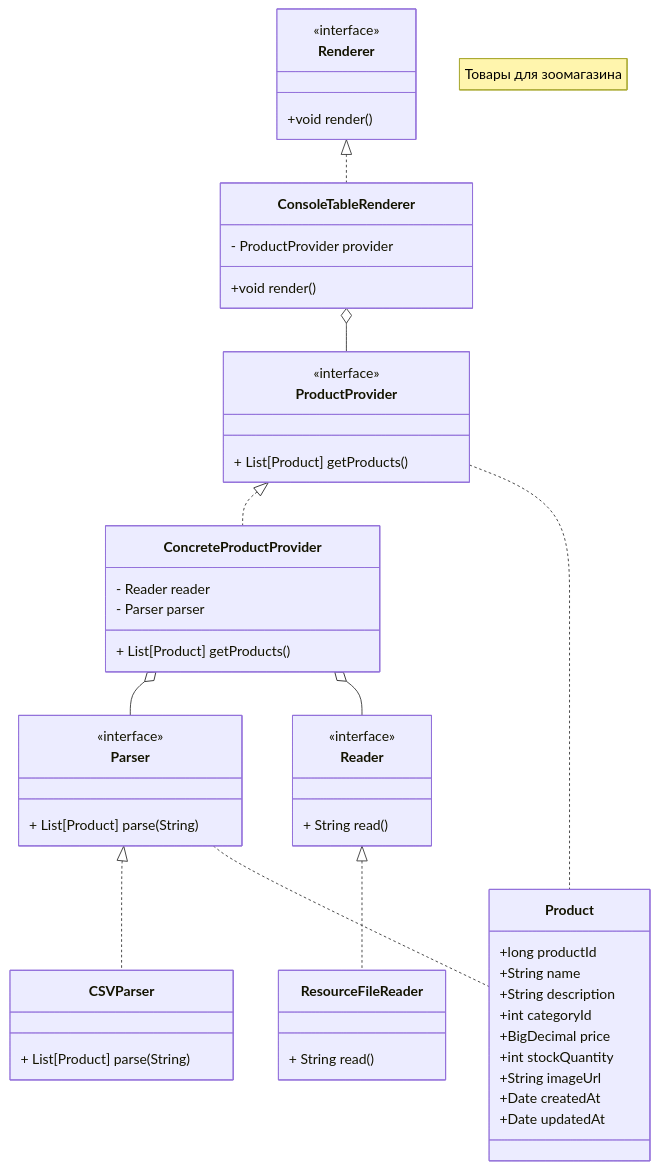
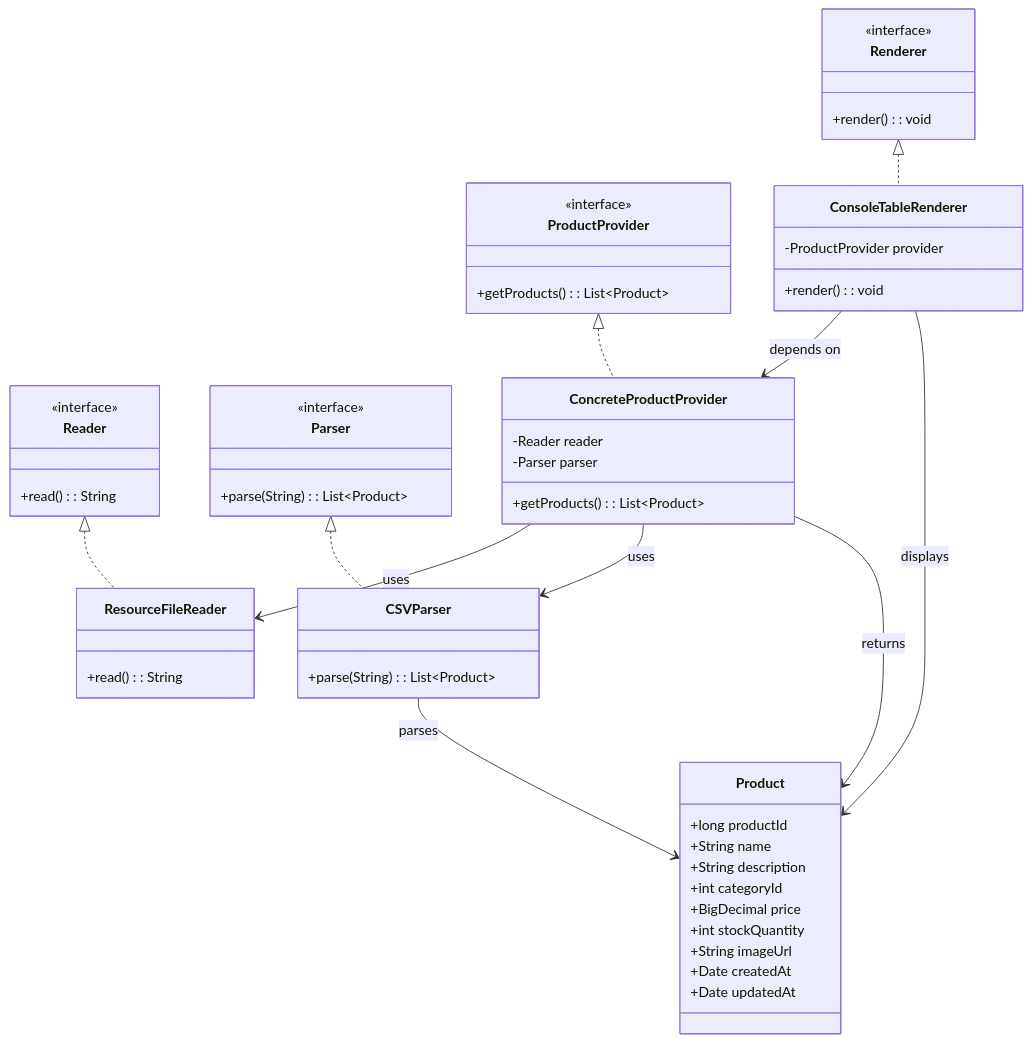
Before and after one commit to chistikova/cad-2025: the diagram in les02/lab/README.md, drawn with Mermaid.

````diff
--- a/les02/lab/README.md
+++ b/les02/lab/README.md
@@ -33,65 +33,72 @@
  ``` mermaid 
 classDiagram
-    note "Товары для зоомагазина"
-    Reader <|.. ResourceFileReader
-    Parser <|.. CSVParser
-    ProductProvider <|.. ConcreteProductProvider
-    ConcreteProductProvider o-- Parser
-    ConcreteProductProvider o-- Reader
-    Renderer <|.. ConsoleTableRenderer
-    ConsoleTableRenderer o-- ProductProvider
-    ProductProvider .. Product
-    Parser .. Product
+    %% Интерфейсы
+    class Reader {
+        <<interface>>
+        +read(): String
+    }
 
-    class  Product {
+    class Parser {
+        <<interface>>
+        +parse(String): List~Product~
+    }
+
+    class ProductProvider {
+        <<interface>>
+        +getProducts(): List~Product~
+    }
+
+    class Renderer {
+        <<interface>>
+        +render(): void
+    }
+
+    %% Сущность
+    class Product {
         +long productId
         +String name
         +String description
         +int categoryId
         +BigDecimal price
         +int stockQuantity
         +String imageUrl
         +Date createdAt
         +Date updatedAt
     }
 
-    class  Reader{
-        + String read()
-    }
-    <<interface>> Reader
-
+    %% Реализации
     class ResourceFileReader {
-        + String read()
+        +read(): String
     }
 
-    class  Parser{
-        + List[Product] parse(String)
-    }
-    <<interface>> Parser
-
     class CSVParser {
-        + List[Product] parse(String)
+        +parse(String): List~Product~
     }
 
-    class  Renderer{
-        +void render()
+    class ConcreteProductProvider {
+        -Reader reader
+        -Parser parser
+        +getProducts(): List~Product~
     }
-    <<interface>> Renderer
 
     class ConsoleTableRenderer {
-        - ProductProvider provider
-        +void render()
+        -ProductProvider provider
+        +render(): void
     }
 
+    %% Отношения
+    Reader <|.. ResourceFileReader
+    Parser <|.. CSVParser
+    ProductProvider <|.. ConcreteProductProvider
+    Renderer <|.. ConsoleTableRenderer
 
-    class ProductProvider {
-        + List[Product] getProducts()
-    }
-    <<interface>> ProductProvider
+    ConcreteProductProvider --> ResourceFileReader : uses
+    ConcreteProductProvider --> CSVParser : uses
+    ConcreteProductProvider --> Product : returns
 
-    class ConcreteProductProvider{
-        - Reader reader
-        - Parser parser
-       + List[Product] getProducts()
-    }
+    ConsoleTableRenderer --> ConcreteProductProvider : depends on
+    ConsoleTableRenderer --> Product : displays
+
+    CSVParser --> Product : parses
+
     ```
````
